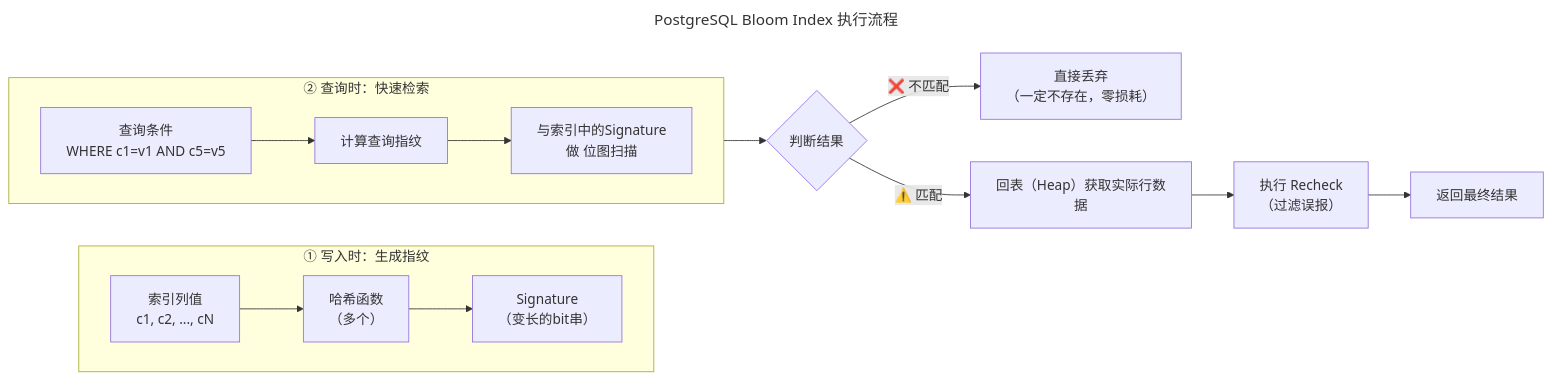
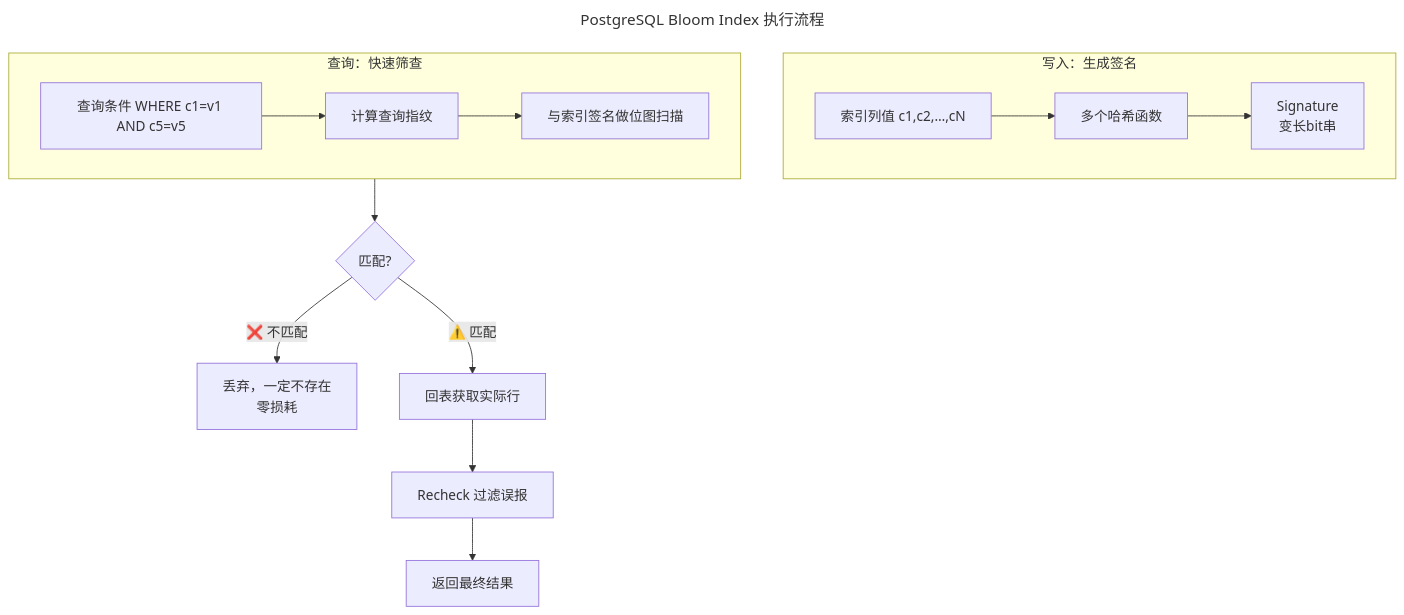
One commit to henry-tpwong/postgresql_note changed the second of 2 diagrams in PostgreSQL_Bloom_Index.md. Above: the diagram before and after it, drawn with Mermaid.

````diff
--- a/PostgreSQL_Bloom_Index.md
+++ b/PostgreSQL_Bloom_Index.md
@@ -30,21 +30,21 @@
 ```mermaid
 ---
 title: PostgreSQL Bloom Index 执行流程
 ---
-flowchart LR
-    subgraph A[① 写入时：生成指纹]
+flowchart TD
+    subgraph A[写入：生成签名]
         direction LR
-        A1[索引列值<br>c1, c2, ..., cN] --> A2[哈希函数<br>（多个）] --> A3[Signature<br>（变长的bit串）]
+        A1[索引列值 c1,c2,…,cN] --> A2[多个哈希函数] --> A3[Signature<br>变长bit串]
     end
 
-    subgraph B[② 查询时：快速检索]
+    subgraph B[查询：快速筛查]
         direction LR
-        B1[查询条件<br>WHERE c1=v1 AND c5=v5] --> B2[计算查询指纹] --> B3[与索引中的Signature<br>做 位图扫描]
+        B1[查询条件 WHERE c1=v1 AND c5=v5] --> B2[计算查询指纹] --> B3[与索引签名做位图扫描]
     end
 
-    B3 --> C{判断结果}
-    C -->|❌ 不匹配| D[直接丢弃<br>（一定不存在，零损耗）]
-    C -->|⚠️ 匹配| E[回表（Heap）获取实际行数据]
-    E --> F[执行 Recheck<br>（过滤误报）]
+    B3 --> C{匹配?}
+    C -->|❌ 不匹配| D[丢弃，一定不存在<br>零损耗]
+    C -->|⚠️ 匹配| E[回表获取实际行]
+    E --> F[Recheck 过滤误报]
     F --> G[返回最终结果]
 ```
````
